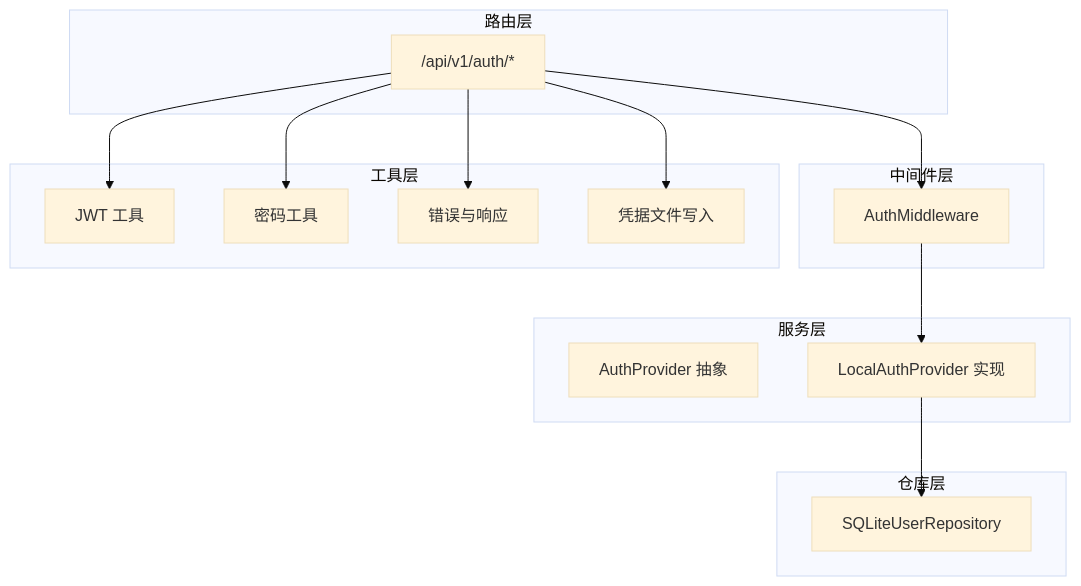
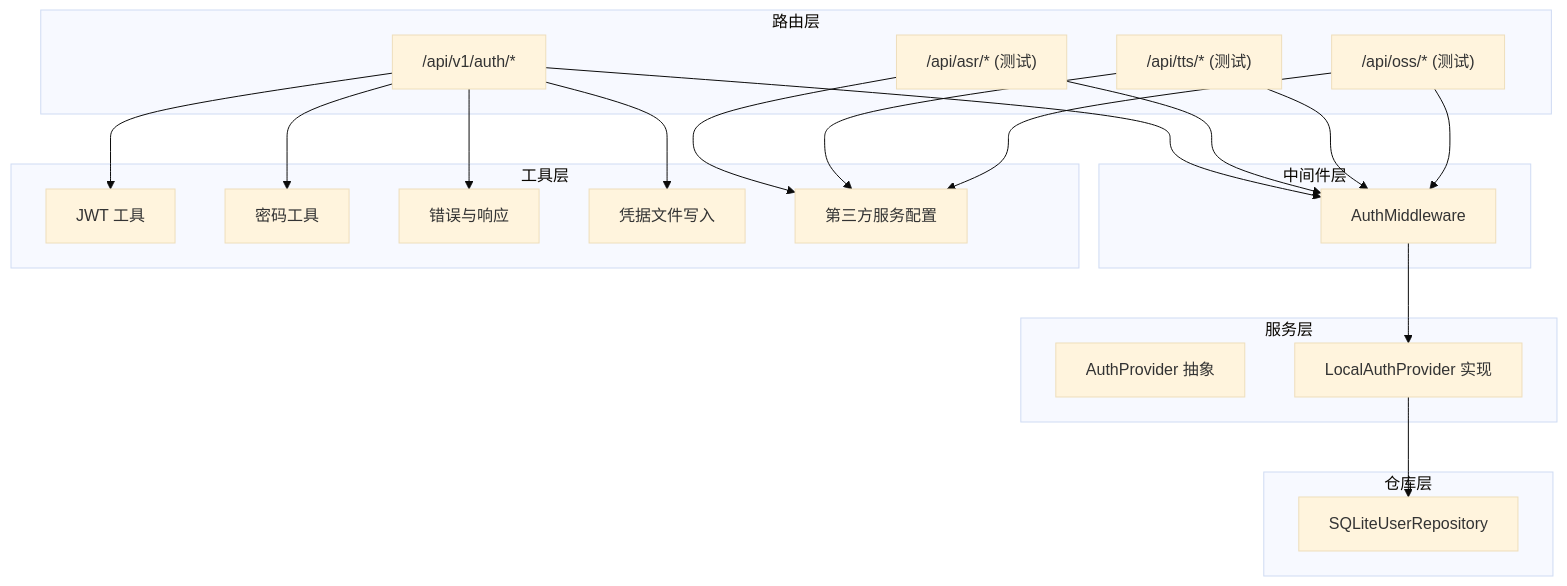
Before and after one commit to hbxfhrg/deer-flow: the first of 9 diagrams in .qoder/repowiki/zh/content/安全考虑/权限管理/认证系统.md, drawn with Mermaid (base theme). The commit also changed other lines of this file and 18 other files, not shown here.

````diff
--- a/.qoder/repowiki/zh/content/安全考虑/权限管理/认证系统.md
+++ b/.qoder/repowiki/zh/content/安全考虑/权限管理/认证系统.md
@@ -45,29 +61,39 @@
 ```mermaid
 graph TB
 subgraph "路由层"
 R1["/api/v1/auth/*"]
+R2["/api/asr/* (测试)"]
+R3["/api/tts/* (测试)"]
+R4["/api/oss/* (测试)"]
 end
 subgraph "中间件层"
 M1["AuthMiddleware"]
 end
 subgraph "服务层"
 S1["AuthProvider 抽象"]
 S2["LocalAuthProvider 实现"]
 end
 subgraph "仓库层"
 W1["SQLiteUserRepository"]
 end
 subgraph "工具层"
 U1["JWT 工具"]
 U2["密码工具"]
 U3["错误与响应"]
 U4["凭据文件写入"]
+U5["第三方服务配置"]
 end
 R1 --> M1
+R2 --> M1
+R3 --> M1
+R4 --> M1
 M1 --> S2
 S2 --> W1
 R1 --> U1
 R1 --> U2
 R1 --> U3
 R1 --> U4
+R2 --> U5
+R3 --> U5
+R4 --> U5
 ```
````
